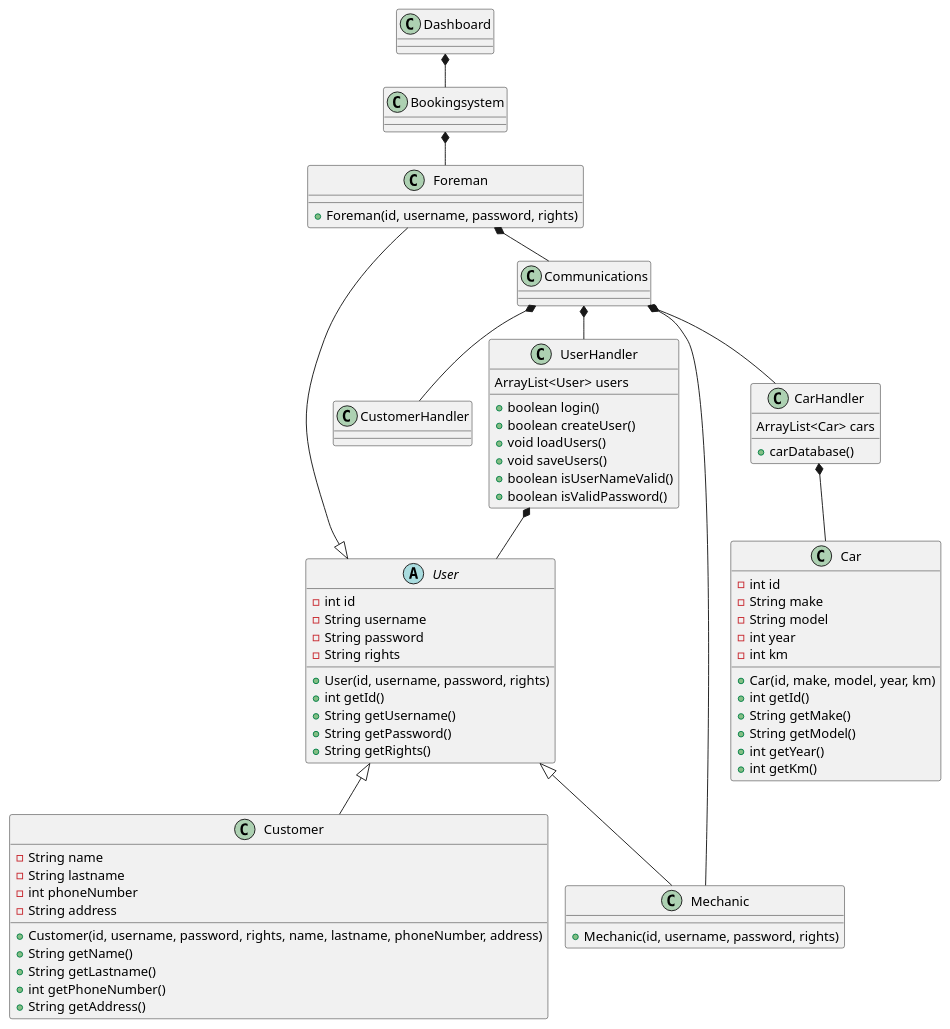
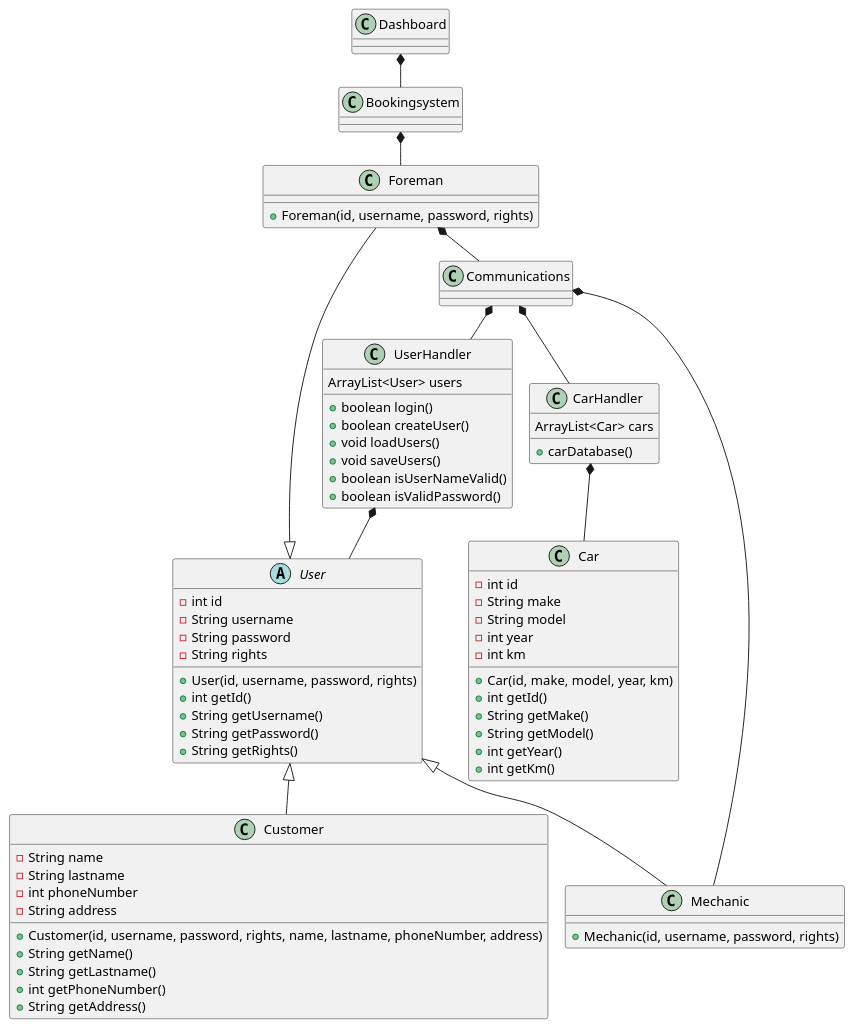
The diagram in doc/classDiagram.puml (CarolineLykke/Ice-project), drawn with PlantUML before and after one commit. The commit also changed 12 other files, not shown here.

```diff
--- a/doc/classDiagram.puml
+++ b/doc/classDiagram.puml
@@ -1,81 +1,79 @@
 @startuml
 'https://plantuml.com/class-diagram
 !pragma layout smetana
 
 class Dashboard
 class CarHandler
-class CustomerHandler
 class UserHandler
 abstract User
 class Mechanic
 class Foreman
 class Bookingsystem
 class Communications
 class Car
 class Customer
 
 Car : - int id
 Car : - String make
 Car : - String model
 Car : - int year
 Car : - int km
 Car : + Car(id, make, model, year, km)
 Car : + int getId()
 Car : + String getMake()
 Car : + String getModel()
 Car : + int getYear()
 Car : + int getKm()
 
 
 Customer : - String name
 Customer : - String lastname
 Customer : - int phoneNumber
 Customer : - String address
 Customer : + Customer(id, username, password, rights, name, lastname, phoneNumber, address)
 Customer : + String getName()
 Customer : + String getLastname()
 Customer : + int getPhoneNumber()
 Customer : + String getAddress()
 
 User : - int id
 User : - String username
 User : - String password
 User : - String rights
 User : + User(id, username, password, rights)
 User : + int getId()
 User : + String getUsername()
 User : + String getPassword()
 User : + String getRights()
 
 
 UserHandler : ArrayList<User> users
 UserHandler : + boolean login()
 UserHandler : + boolean createUser()
 UserHandler : + void loadUsers()
 UserHandler : + void saveUsers()
 UserHandler : + boolean isUserNameValid()
 UserHandler : + boolean isValidPassword()
 
 Mechanic : + Mechanic(id, username, password, rights)
 
 Foreman : + Foreman(id, username, password, rights)
 
 CarHandler : + carDatabase()
 CarHandler : ArrayList<Car> cars
 
 Dashboard *-- Bookingsystem
 Bookingsystem *-- Foreman
 Foreman *-- Communications
 Communications *-- Mechanic
 
 
 CarHandler *-- Car
 Communications *-- CarHandler
-Communications *-- CustomerHandler
 Communications *-- UserHandler
 User <|-- Customer
 User <|-- Foreman
 User <|-- Mechanic
 UserHandler *-- User
 
 @enduml
```
